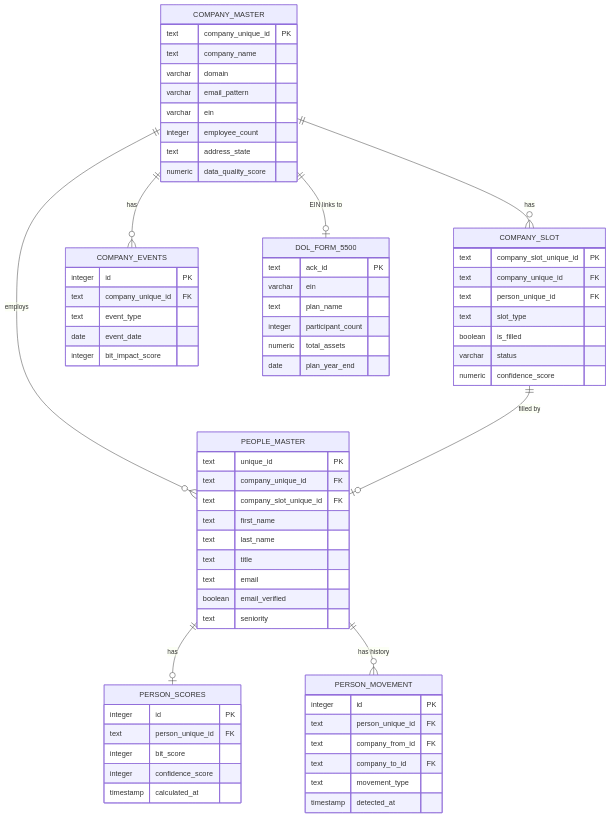
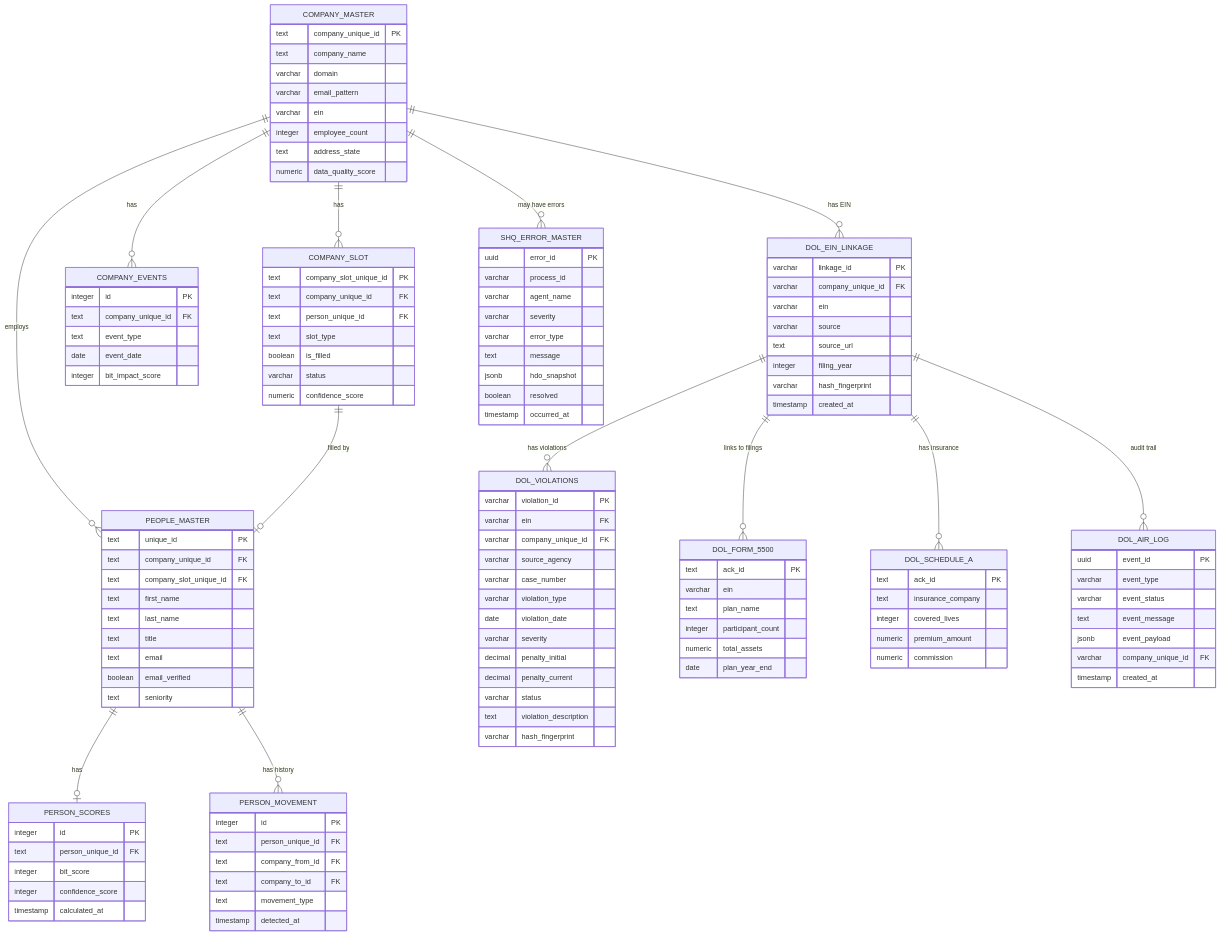
The second of 2 diagrams in docs/COMPLETE_SYSTEM_ERD.md (djb258/barton-outreach-core), drawn with Mermaid before and after one commit. The commit also changed other lines of this file, not shown here.

Commit message:
docs: Update ERD with complete DOL Subhub schema - added ein_linkage, violations, views, and error tables

````diff
--- a/docs/COMPLETE_SYSTEM_ERD.md
+++ b/docs/COMPLETE_SYSTEM_ERD.md
@@ -457,14 +744,24 @@
 ```mermaid
 erDiagram
+    %% Company Hub Relationships
     COMPANY_MASTER ||--o{ COMPANY_SLOT : "has"
     COMPANY_MASTER ||--o{ COMPANY_EVENTS : "has"
     COMPANY_MASTER ||--o{ PEOPLE_MASTER : "employs"
-    COMPANY_MASTER ||--o| DOL_FORM_5500 : "EIN links to"
-
+    COMPANY_MASTER ||--o{ DOL_EIN_LINKAGE : "has EIN"
+    
+    %% DOL Subhub Relationships
+    DOL_EIN_LINKAGE ||--o{ DOL_VIOLATIONS : "has violations"
+    DOL_EIN_LINKAGE ||--o{ DOL_FORM_5500 : "links to filings"
+    DOL_EIN_LINKAGE ||--o{ DOL_SCHEDULE_A : "has insurance"
+    
+    %% People Spoke Relationships
     COMPANY_SLOT ||--o| PEOPLE_MASTER : "filled by"
-
     PEOPLE_MASTER ||--o| PERSON_SCORES : "has"
     PEOPLE_MASTER ||--o{ PERSON_MOVEMENT : "has history"
+    
+    %% Error/Audit Relationships
+    COMPANY_MASTER ||--o{ SHQ_ERROR_MASTER : "may have errors"
+    DOL_EIN_LINKAGE ||--o{ DOL_AIR_LOG : "audit trail"
 
     COMPANY_MASTER {
         text company_unique_id PK
@@ -516,6 +813,33 @@
         timestamp detected_at
     }
 
+    DOL_EIN_LINKAGE {
+        varchar linkage_id PK
+        varchar company_unique_id FK
+        varchar ein
+        varchar source
+        text source_url
+        integer filing_year
+        varchar hash_fingerprint
+        timestamp created_at
+    }
+
+    DOL_VIOLATIONS {
+        varchar violation_id PK
+        varchar ein FK
+        varchar company_unique_id FK
+        varchar source_agency
+        varchar case_number
+        varchar violation_type
+        date violation_date
+        varchar severity
+        decimal penalty_initial
+        decimal penalty_current
+        varchar status
+        text violation_description
+        varchar hash_fingerprint
+    }
+
     DOL_FORM_5500 {
         text ack_id PK
         varchar ein
@@ -523,6 +847,36 @@
         integer participant_count
         numeric total_assets
         date plan_year_end
+    }
+
+    DOL_SCHEDULE_A {
+        text ack_id PK
+        text insurance_company
+        integer covered_lives
+        numeric premium_amount
+        numeric commission
+    }
+
+    DOL_AIR_LOG {
+        uuid event_id PK
+        varchar event_type
+        varchar event_status
+        text event_message
+        jsonb event_payload
+        varchar company_unique_id FK
+        timestamp created_at
+    }
+
+    SHQ_ERROR_MASTER {
+        uuid error_id PK
+        varchar process_id
+        varchar agent_name
+        varchar severity
+        varchar error_type
+        text message
+        jsonb hdo_snapshot
+        boolean resolved
+        timestamp occurred_at
     }
 
     COMPANY_EVENTS {
````
